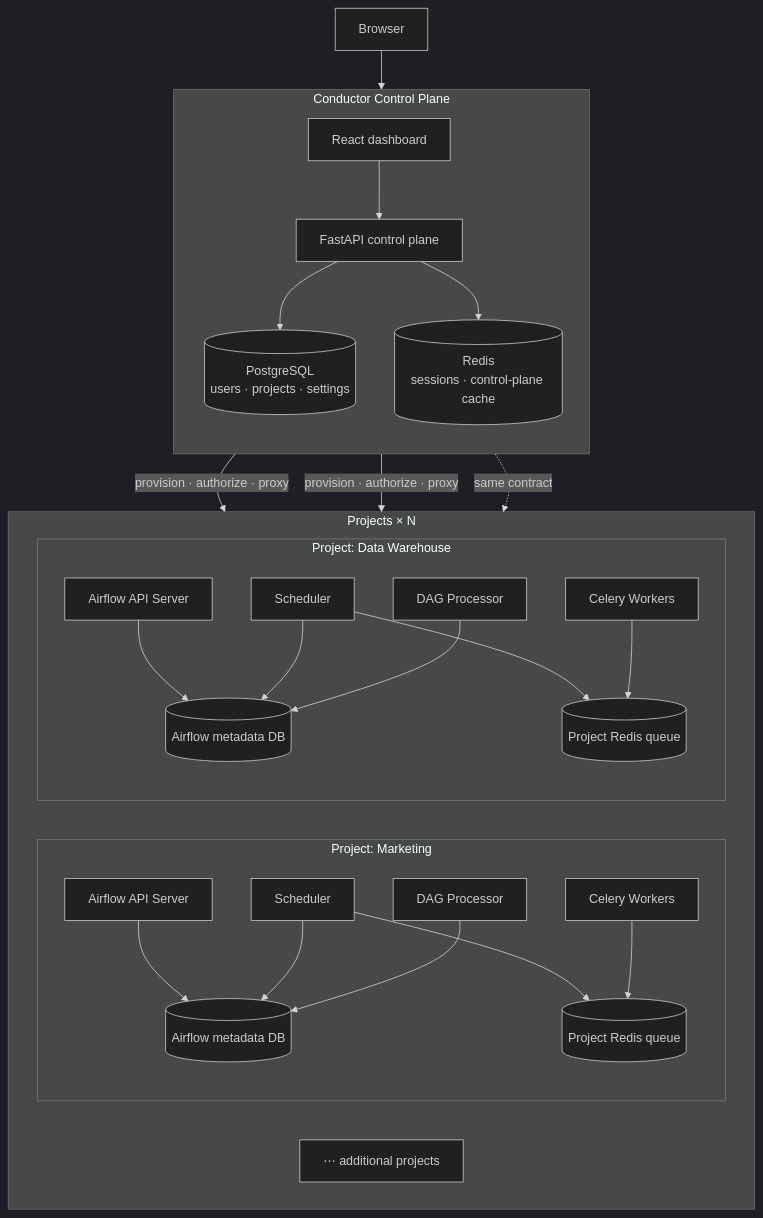
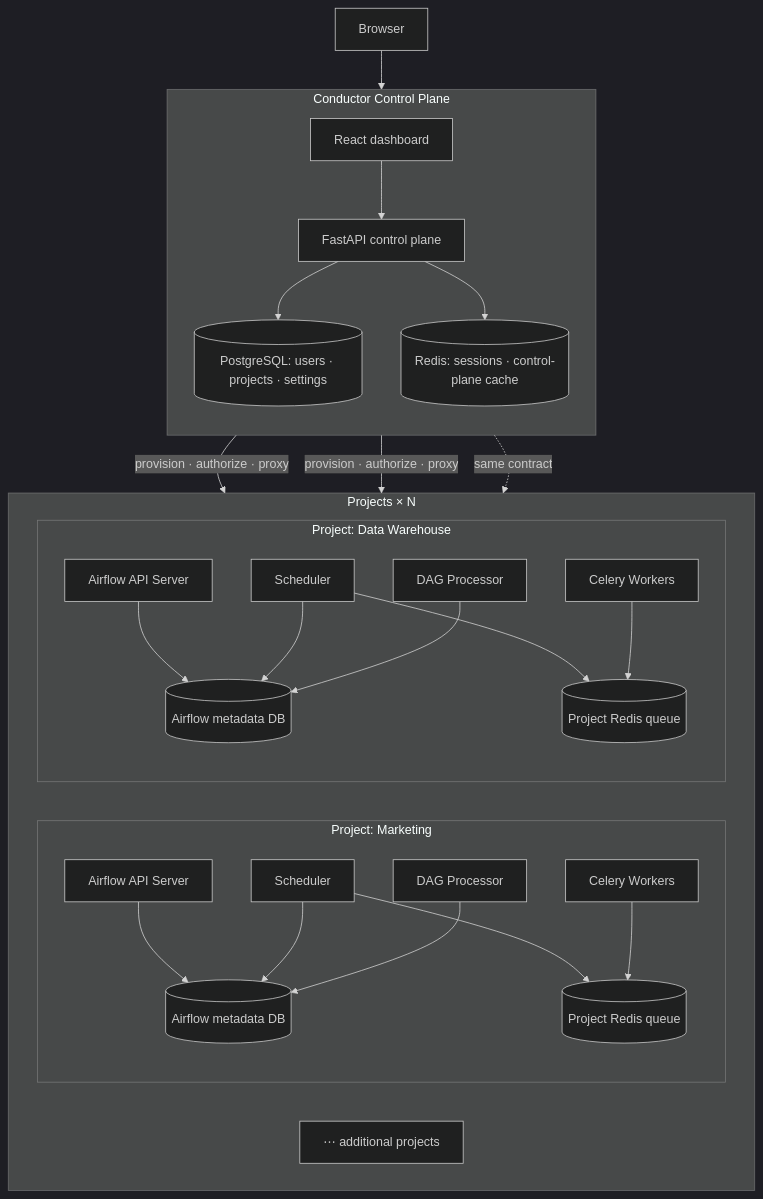
The diagram in README.md (Simarglok/Conductor), drawn with Mermaid (dark theme) before and after one commit.

Commit message:
docs: simplify Mermaid resource labels

````diff
--- a/README.md
+++ b/README.md
@@ -139,59 +139,59 @@
 ```mermaid
 flowchart TB
     Browser[Browser]
 
     subgraph ControlPlane[Conductor Control Plane]
         direction TB
         Frontend[React dashboard]
         API[FastAPI control plane]
-        ControlDB[(PostgreSQL<br/>users · projects · settings)]
-        ControlRedis[(Redis<br/>sessions · control-plane cache)]
+        ControlDB[(PostgreSQL: users · projects · settings)]
+        ControlRedis[(Redis: sessions · control-plane cache)]
 
         Frontend --> API
         API --> ControlDB
         API --> ControlRedis
     end
 
     subgraph Projects[Projects × N]
         direction LR
 
         subgraph Marketing[Project: Marketing]
             direction TB
             MarketingAPI[Airflow API Server]
             MarketingScheduler[Scheduler]
             MarketingProcessor[DAG Processor]
             MarketingWorkers[Celery Workers]
             MarketingDB[(Airflow metadata DB)]
             MarketingQueue[(Project Redis queue)]
 
             MarketingAPI --> MarketingDB
             MarketingScheduler --> MarketingDB
             MarketingProcessor --> MarketingDB
             MarketingScheduler --> MarketingQueue
             MarketingWorkers --> MarketingQueue
         end
 
         subgraph Warehouse[Project: Data Warehouse]
             direction TB
             WarehouseAPI[Airflow API Server]
             WarehouseScheduler[Scheduler]
             WarehouseProcessor[DAG Processor]
             WarehouseWorkers[Celery Workers]
             WarehouseDB[(Airflow metadata DB)]
             WarehouseQueue[(Project Redis queue)]
 
             WarehouseAPI --> WarehouseDB
             WarehouseScheduler --> WarehouseDB
             WarehouseProcessor --> WarehouseDB
             WarehouseScheduler --> WarehouseQueue
             WarehouseWorkers --> WarehouseQueue
         end
 
         MoreProjects[⋯ additional projects]
     end
 
     Browser --> Frontend
     API -->|provision · authorize · proxy| MarketingAPI
     API -->|provision · authorize · proxy| WarehouseAPI
     API -. same contract .-> MoreProjects
 ```
````
